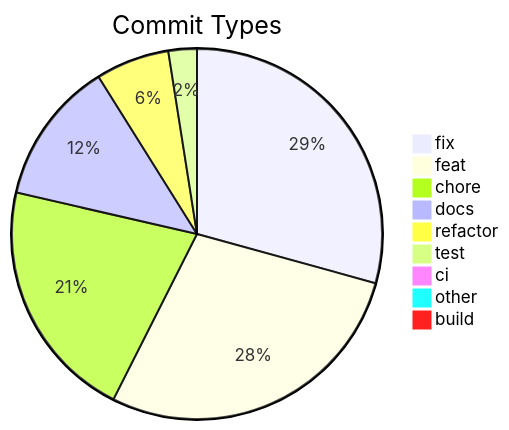
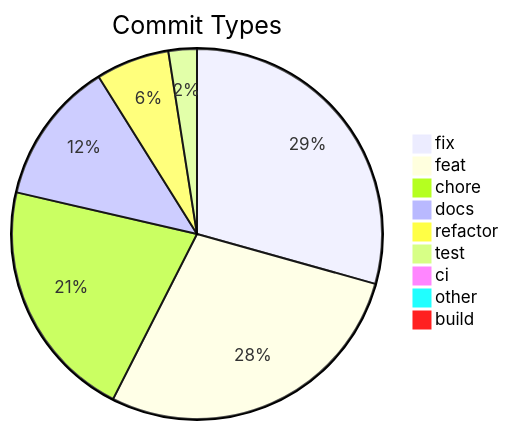
Before and after one commit to svenroth-ai/shipwright: the diagram in .shipwright/compliance/change-history.md, drawn with Mermaid. The commit also changed other lines of this file and 16 other files, not shown here.

````diff
--- a/.shipwright/compliance/change-history.md
+++ b/.shipwright/compliance/change-history.md
@@ -8,12 +8,12 @@
 ```mermaid
 pie title Commit Types
-    "fix" : 342
+    "fix" : 343
     "feat" : 329
     "chore" : 247
     "docs" : 146
     "refactor" : 75
     "test" : 29
     "ci" : 11
     "other" : 9
     "build" : 1
 ```
````
